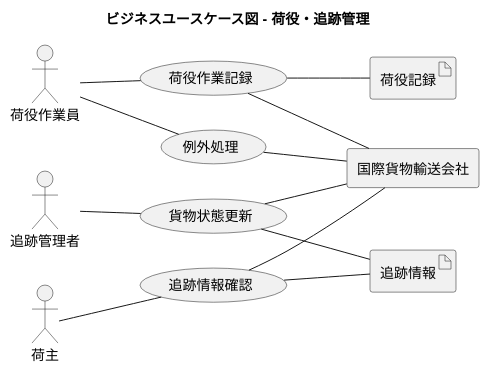
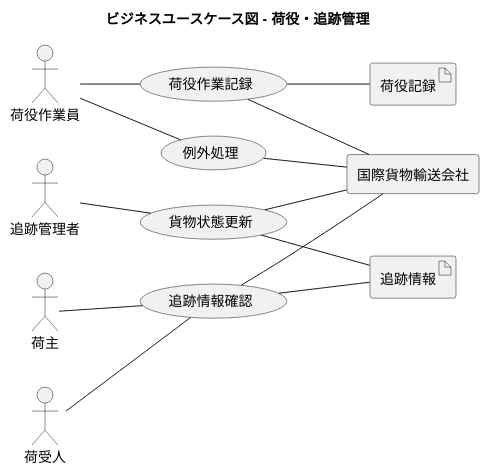
Before and after one commit to k2works/case-study-cargo-tracker: the sixth of 21 diagrams in docs/requirements/requirements_definition.md, drawn with PlantUML. The commit also changed other lines of this file and 3 other files, not shown here.

````diff
--- a/docs/requirements/requirements_definition.md
+++ b/docs/requirements/requirements_definition.md
@@ -263,39 +351,41 @@
 ```plantuml
 @startuml
 
 title ビジネスユースケース図 - 荷役・追跡管理
 
 left to right direction
 
 actor 荷役作業員
 actor 追跡管理者
 actor 荷主
+actor 荷受人
 
 agent 国際貨物輸送会社
 
 usecase "荷役作業記録" as BUC07
 usecase "貨物状態更新" as BUC08
 usecase "追跡情報確認" as BUC09
 usecase "例外処理" as BUC10
 
 artifact "荷役記録" as af_05
 artifact "追跡情報" as af_06
 
 :荷役作業員: -- (BUC07)
 :荷役作業員: -- (BUC10)
 
 :追跡管理者: -- (BUC08)
 
 :荷主: -- (BUC09)
+:荷受人: -- (BUC09)
 
 (BUC07) -- 国際貨物輸送会社
 (BUC08) -- 国際貨物輸送会社
 (BUC09) -- 国際貨物輸送会社
 (BUC10) -- 国際貨物輸送会社
 
 (BUC07) -- af_05
 (BUC08) -- af_06
 (BUC09) -- af_06
 
 @enduml
 ```
````
